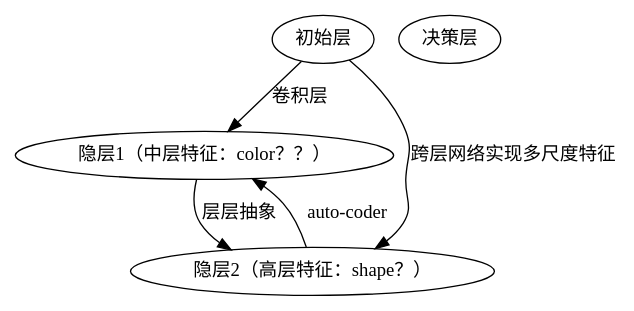
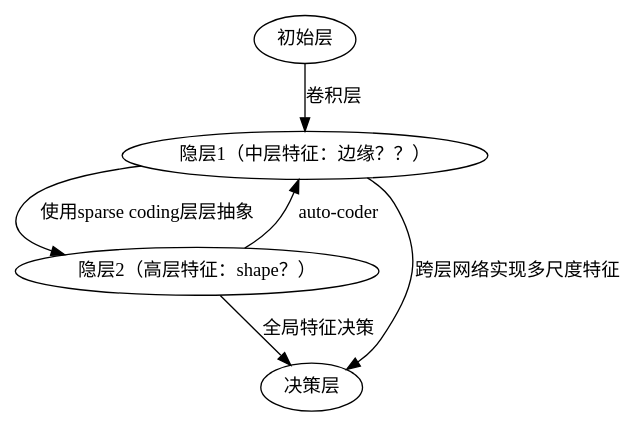
One commit to gwli/DeepLearningOnGPU changed the diagram in source/Stage_2/neuralNetworks.rst. Above: the diagram before and after it, drawn with Graphviz. The commit also changed other lines of this file, not shown here.

Commit message:
修改深度学习框架

```diff
--- a/source/Stage_2/neuralNetworks.rst
+++ b/source/Stage_2/neuralNetworks.rst
@@ -4,12 +4,13 @@
 .. graphviz::
    
    digraph{
-   a [label="初始层"]
-   b [label="隐层1（中层特征：color？？）"]
-   c [label="隐层2（高层特征：shape？）"]
-   d [label="决策层"]
-   a->b  [label="卷积层"]
-   c->b  [label="auto-coder"]
-   a->c  [label="跨层网络实现多尺度特征"] 
-   b->c  [label="层层抽象"]
+      a [label="初始层"]
+      b [label="隐层1（中层特征：边缘？？）"]
+      c [label="隐层2（高层特征：shape？）"]
+      d [label="决策层"]
+      a->b  [label="卷积层"]
+      c->b  [label="auto-coder"]
+      b->d  [label="跨层网络实现多尺度特征"] 
+      b->c  [label="使用sparse coding层层抽象"]
+      c->d  [label="全局特征决策"]
    }
```
